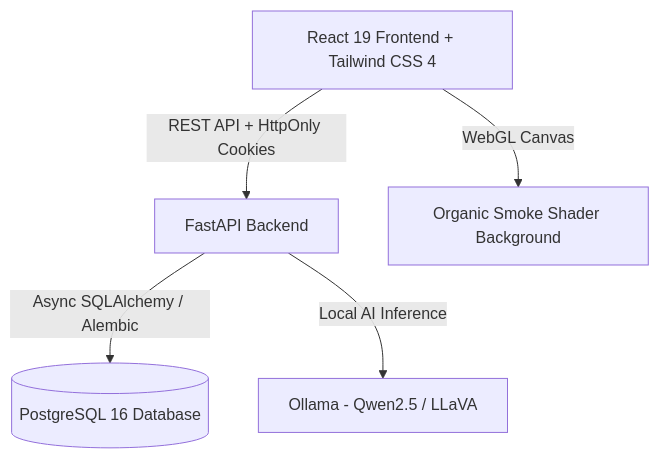
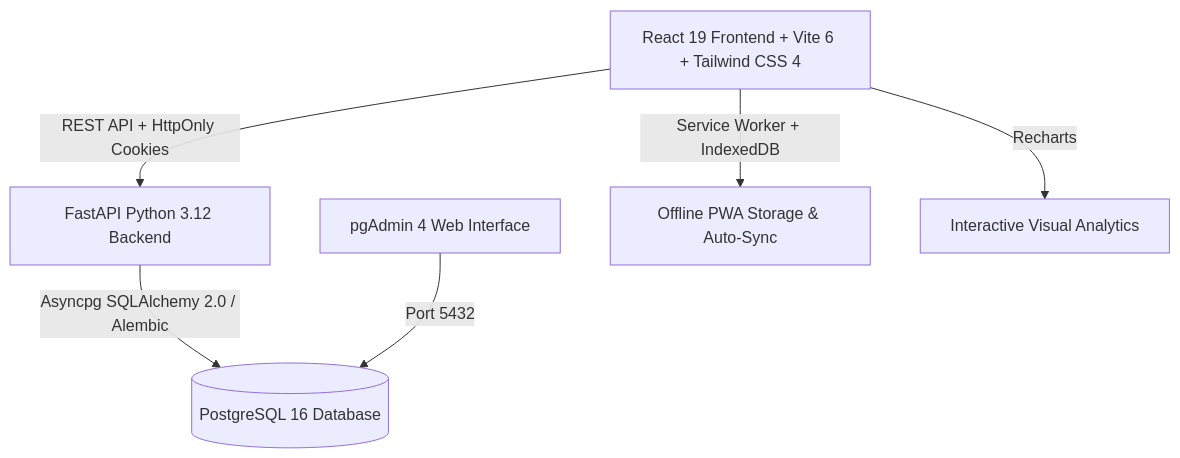
Before and after one commit to Bunvathana876/Expert_sunflower: the diagram in README.md, drawn with Mermaid. The commit also changed other lines of this file and 2 other files, not shown here.

Commit message:
docs: update README with pgAdmin, Docker setup, and botanical AI assistant UI

````diff
--- a/README.md
+++ b/README.md
@@ -361,7 +37,8 @@
 ```mermaid
 graph TD
-    A[React 19 Frontend + Tailwind CSS 4] -->|REST API + HttpOnly Cookies| B[FastAPI Backend]
-    B -->|Async SQLAlchemy / Alembic| C[(PostgreSQL 16 Database)]
-    B -->|Local AI Inference| D[Ollama - Qwen2.5 / LLaVA]
-    A -->|WebGL Canvas| E[Organic Smoke Shader Background]
+    A[React 19 Frontend + Vite 6 + Tailwind CSS 4] -->|REST API + HttpOnly Cookies| B[FastAPI Python 3.12 Backend]
+    B -->|Asyncpg SQLAlchemy 2.0 / Alembic| C[(PostgreSQL 16 Database)]
+    D[pgAdmin 4 Web Interface] -->|Port 5432| C
+    A -->|Service Worker + IndexedDB| E[Offline PWA Storage & Auto-Sync]
+    A -->|Recharts| F[Interactive Visual Analytics]
 ```
````
